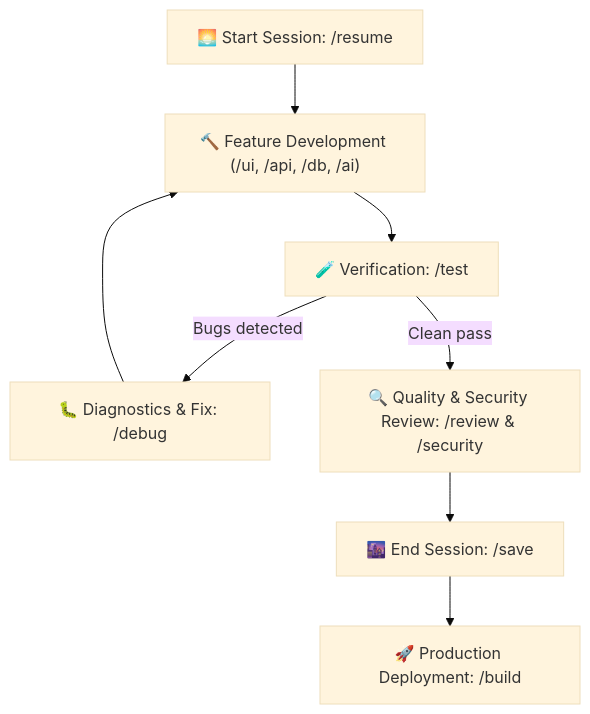
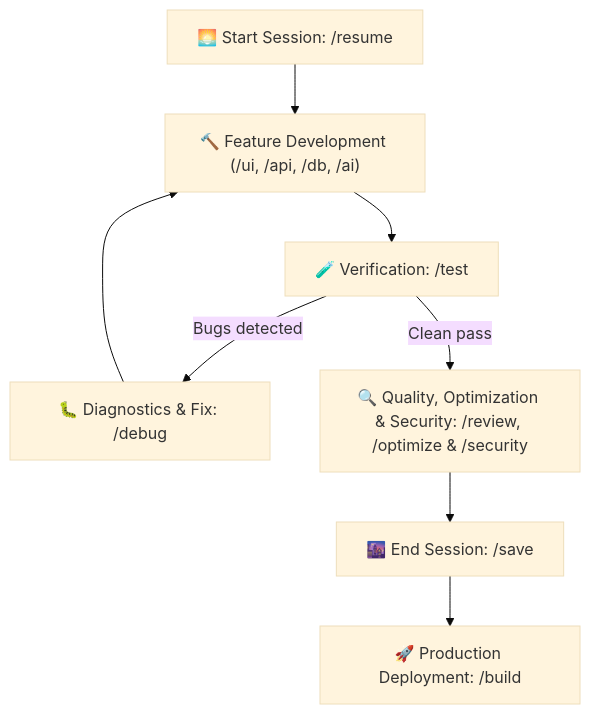
Before and after one commit to Samrude1/agentic-fullstack-template: the diagram in AGENTS.md, drawn with Mermaid (base theme). The commit also changed other lines of this file and 3 other files, not shown here.

````diff
--- a/AGENTS.md
+++ b/AGENTS.md
@@ -61,10 +62,10 @@
 ```mermaid
 graph TD
     A["🌅 Start Session: /resume"] --> B["🔨 Feature Development (/ui, /api, /db, /ai)"]
     B --> C["🧪 Verification: /test"]
     C -- Bugs detected --> D["🐛 Diagnostics & Fix: /debug"]
     D --> B
-    C -- Clean pass --> E["🔍 Quality & Security Review: /review & /security"]
+    C -- Clean pass --> E["🔍 Quality, Optimization & Security: /review, /optimize & /security"]
     E --> F["🌆 End Session: /save"]
     F --> G["🚀 Production Deployment: /build"]
 ```
````
